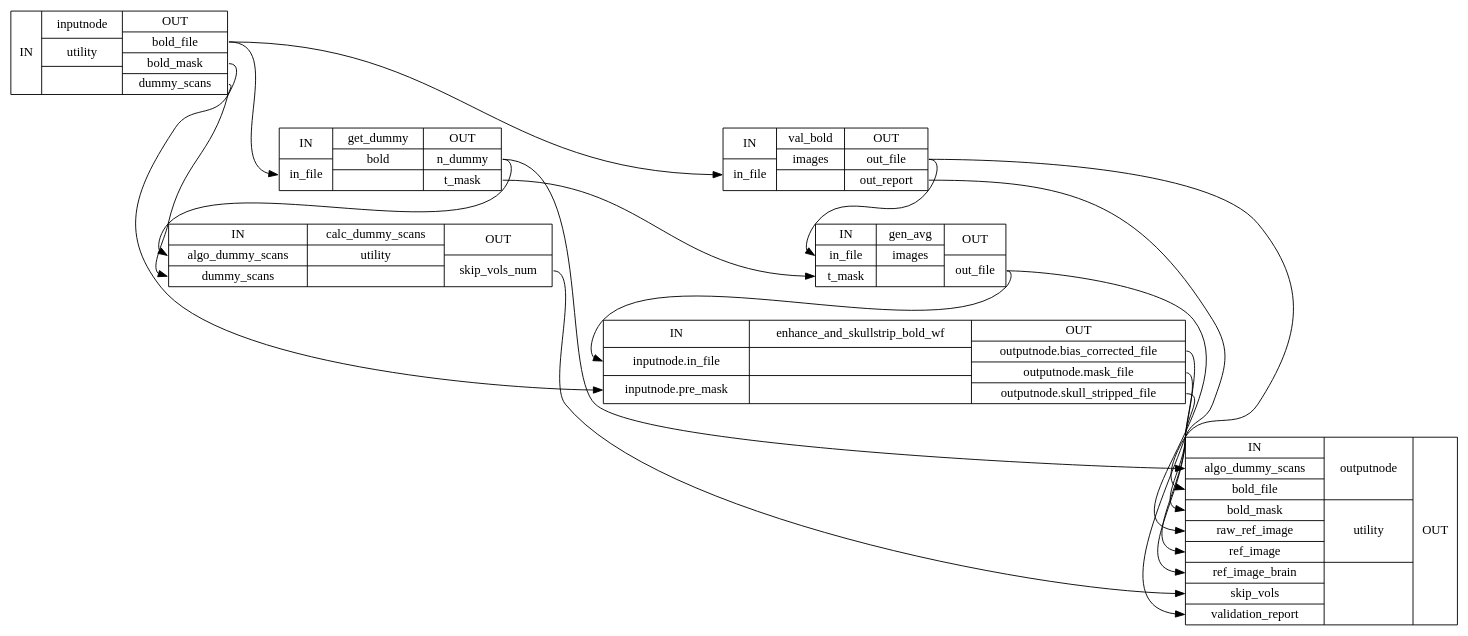
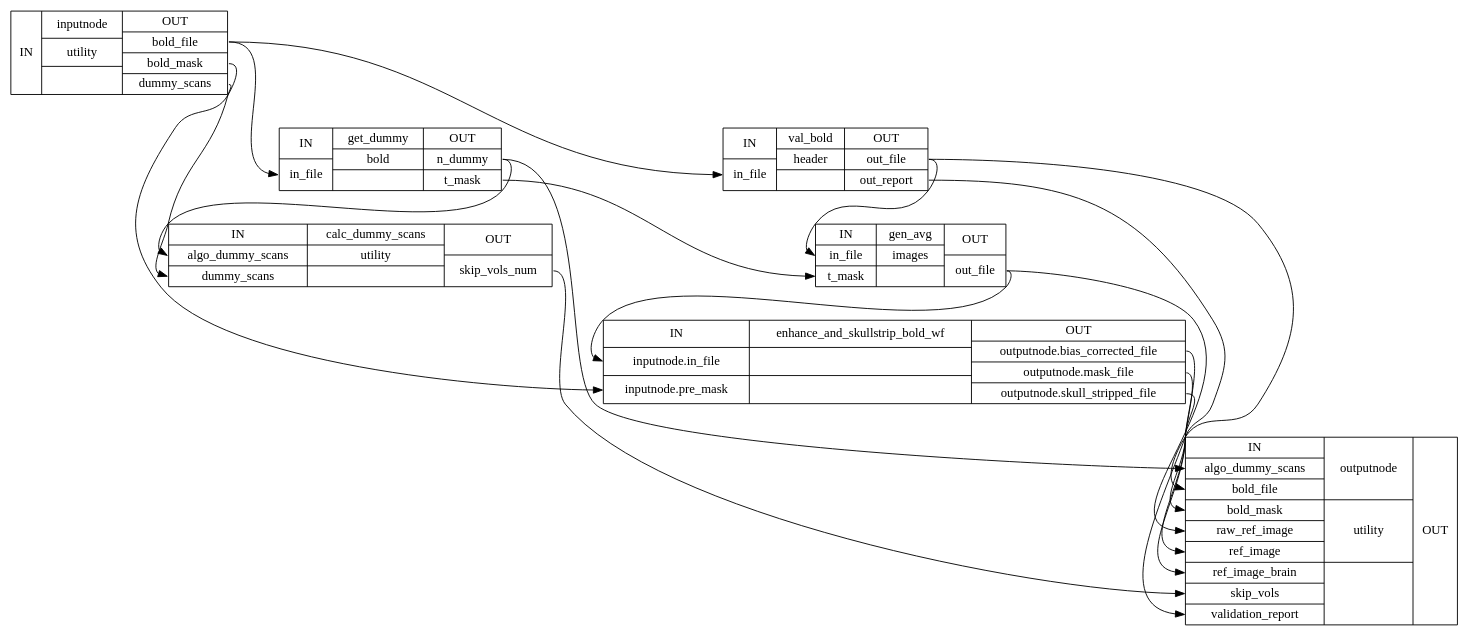
One commit to notZaki/niworkflows changed the diagram in 1.0.0/wf_directive/api/bold_reference_wf/niworkflows-func-util-1_detailed.dot. Above: the diagram before and after it, drawn with Graphviz. The commit also changed 12515 other files, not shown here.

```diff
--- a/1.0.0/wf_directive/api/bold_reference_wf/niworkflows-func-util-1_detailed.dot
+++ b/1.0.0/wf_directive/api/bold_reference_wf/niworkflows-func-util-1_detailed.dot
@@ -1,26 +1,26 @@
 digraph structs {
 node [shape=record];
 bold_reference_wfinputnode [label="{IN}|{ inputnode | utility |  }|{OUT|<outboldfile> bold_file|<outboldmask> bold_mask|<outdummyscans> dummy_scans}"];
 bold_reference_wfget_dummy [label="{IN|<ininfile> in_file}|{ get_dummy | bold |  }|{OUT|<outndummy> n_dummy|<outtmask> t_mask}"];
 bold_reference_wfcalc_dummy_scans [label="{IN|<inalgodummyscans> algo_dummy_scans|<indummyscans> dummy_scans}|{ calc_dummy_scans | utility |  }|{OUT|<outskipvolsnum> skip_vols_num}"];
-bold_reference_wfval_bold [label="{IN|<ininfile> in_file}|{ val_bold | images |  }|{OUT|<outoutfile> out_file|<outoutreport> out_report}"];
+bold_reference_wfval_bold [label="{IN|<ininfile> in_file}|{ val_bold | header |  }|{OUT|<outoutfile> out_file|<outoutreport> out_report}"];
 bold_reference_wfgen_avg [label="{IN|<ininfile> in_file|<intmask> t_mask}|{ gen_avg | images |  }|{OUT|<outoutfile> out_file}"];
 bold_reference_wfenhance_and_skullstrip_bold_wf [label="{IN|<ininputnodeinfile> inputnode.in_file|<ininputnodepremask> inputnode.pre_mask}|{ enhance_and_skullstrip_bold_wf |  |  }|{OUT|<outoutputnodebiascorrectedfile> outputnode.bias_corrected_file|<outoutputnodemaskfile> outputnode.mask_file|<outoutputnodeskullstrippedfile> outputnode.skull_stripped_file}"];
 bold_reference_wfoutputnode [label="{IN|<inalgodummyscans> algo_dummy_scans|<inboldfile> bold_file|<inboldmask> bold_mask|<inrawrefimage> raw_ref_image|<inrefimage> ref_image|<inrefimagebrain> ref_image_brain|<inskipvols> skip_vols|<invalidationreport> validation_report}|{ outputnode | utility |  }|{OUT}"];
 bold_reference_wfcalc_dummy_scans:outskipvolsnum:e -> bold_reference_wfoutputnode:inskipvols:w;
 bold_reference_wfenhance_and_skullstrip_bold_wf:outoutputnodebiascorrectedfile:e -> bold_reference_wfoutputnode:inrefimage:w;
 bold_reference_wfenhance_and_skullstrip_bold_wf:outoutputnodemaskfile:e -> bold_reference_wfoutputnode:inboldmask:w;
 bold_reference_wfenhance_and_skullstrip_bold_wf:outoutputnodeskullstrippedfile:e -> bold_reference_wfoutputnode:inrefimagebrain:w;
 bold_reference_wfgen_avg:outoutfile:e -> bold_reference_wfenhance_and_skullstrip_bold_wf:ininputnodeinfile:w;
 bold_reference_wfgen_avg:outoutfile:e -> bold_reference_wfoutputnode:inrawrefimage:w;
 bold_reference_wfget_dummy:outndummy:e -> bold_reference_wfcalc_dummy_scans:inalgodummyscans:w;
 bold_reference_wfget_dummy:outndummy:e -> bold_reference_wfoutputnode:inalgodummyscans:w;
 bold_reference_wfget_dummy:outtmask:e -> bold_reference_wfgen_avg:intmask:w;
 bold_reference_wfinputnode:outboldfile:e -> bold_reference_wfget_dummy:ininfile:w;
 bold_reference_wfinputnode:outboldfile:e -> bold_reference_wfval_bold:ininfile:w;
 bold_reference_wfinputnode:outboldmask:e -> bold_reference_wfenhance_and_skullstrip_bold_wf:ininputnodepremask:w;
 bold_reference_wfinputnode:outdummyscans:e -> bold_reference_wfcalc_dummy_scans:indummyscans:w;
 bold_reference_wfval_bold:outoutfile:e -> bold_reference_wfgen_avg:ininfile:w;
 bold_reference_wfval_bold:outoutfile:e -> bold_reference_wfoutputnode:inboldfile:w;
 bold_reference_wfval_bold:outoutreport:e -> bold_reference_wfoutputnode:invalidationreport:w;
 }
```
